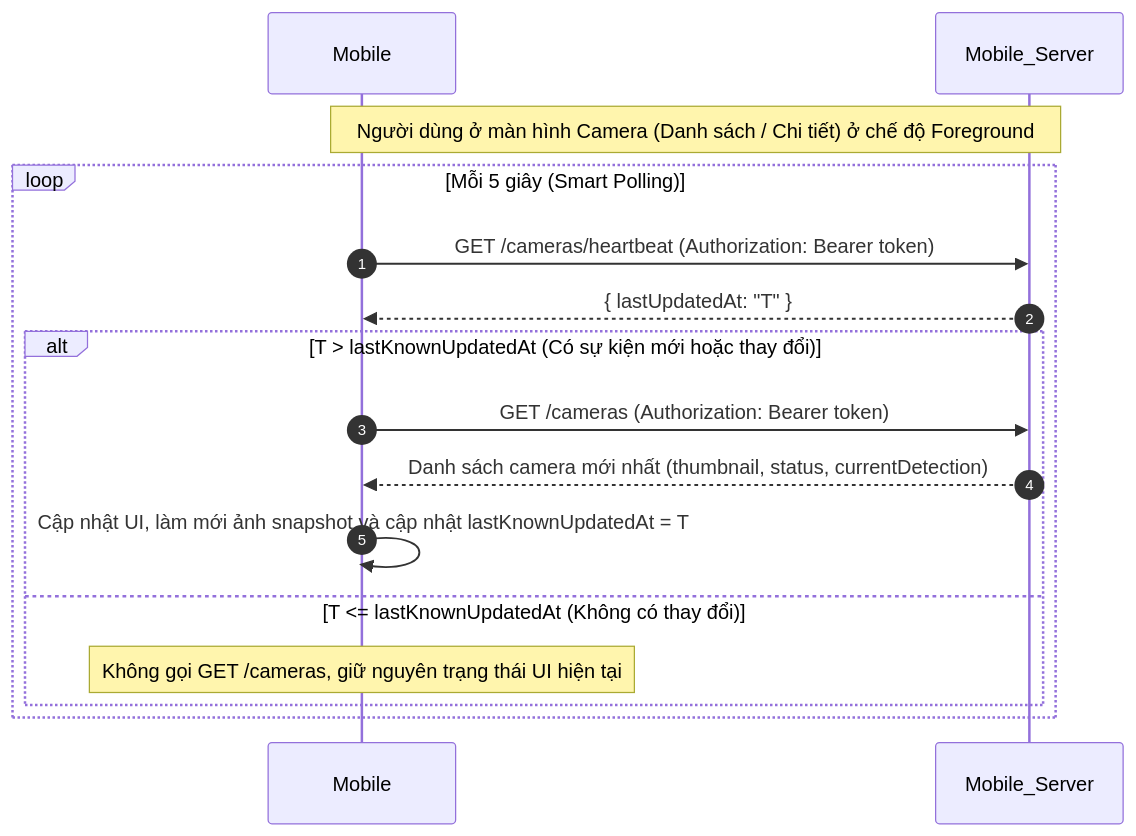
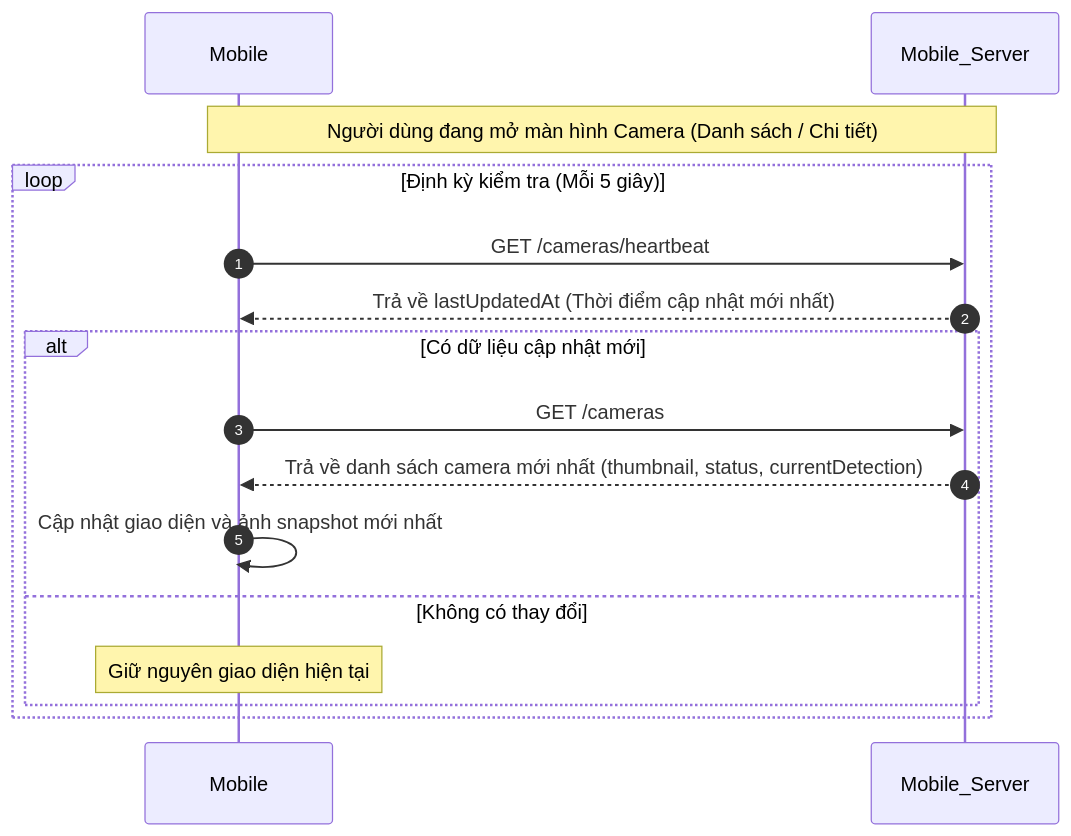
Before and after one commit to trungnguyenthien/Wildlife-Warning-and-Deterrence-System: the fifth of 18 diagrams in docs/04-sequence-diagram.md, drawn with Mermaid. The commit also changed other lines of this file, not shown here.

Commit message:
docs: update sequence diagram to reflect latest system flow refinements

````diff
--- a/docs/04-sequence-diagram.md
+++ b/docs/04-sequence-diagram.md
@@ -241,19 +239,19 @@
 ```mermaid
 sequenceDiagram
     autonumber
     participant Mobile as Mobile
     participant Mobile_Server as Mobile_Server
 
-    Note over Mobile, Mobile_Server: Người dùng ở màn hình Camera (Danh sách / Chi tiết) ở chế độ Foreground
-    loop Mỗi 5 giây (Smart Polling)
-        Mobile->>Mobile_Server: GET /cameras/heartbeat (Authorization: Bearer token)
-        Mobile_Server-->>Mobile: { lastUpdatedAt: "T" }
-        alt T > lastKnownUpdatedAt (Có sự kiện mới hoặc thay đổi)
-            Mobile->>Mobile_Server: GET /cameras (Authorization: Bearer token)
-            Mobile_Server-->>Mobile: Danh sách camera mới nhất (thumbnail, status, currentDetection)
-            Mobile->>Mobile: Cập nhật UI, làm mới ảnh snapshot và cập nhật lastKnownUpdatedAt = T
-        else T <= lastKnownUpdatedAt (Không có thay đổi)
-            Note over Mobile: Không gọi GET /cameras, giữ nguyên trạng thái UI hiện tại
+    Note over Mobile, Mobile_Server: Người dùng đang mở màn hình Camera (Danh sách / Chi tiết)
+    loop Định kỳ kiểm tra (Mỗi 5 giây)
+        Mobile->>Mobile_Server: GET /cameras/heartbeat
+        Mobile_Server-->>Mobile: Trả về lastUpdatedAt (Thời điểm cập nhật mới nhất)
+        alt Có dữ liệu cập nhật mới
+            Mobile->>Mobile_Server: GET /cameras
+            Mobile_Server-->>Mobile: Trả về danh sách camera mới nhất (thumbnail, status, currentDetection)
+            Mobile->>Mobile: Cập nhật giao diện và ảnh snapshot mới nhất
+        else Không có thay đổi
+            Note over Mobile: Giữ nguyên giao diện hiện tại
         end
     end
 ```
````
